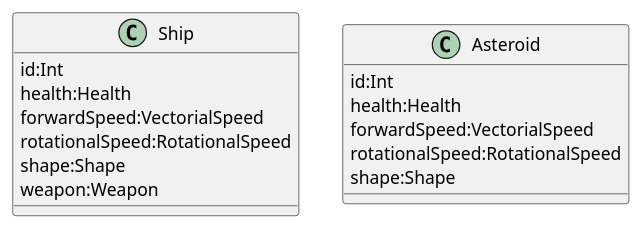
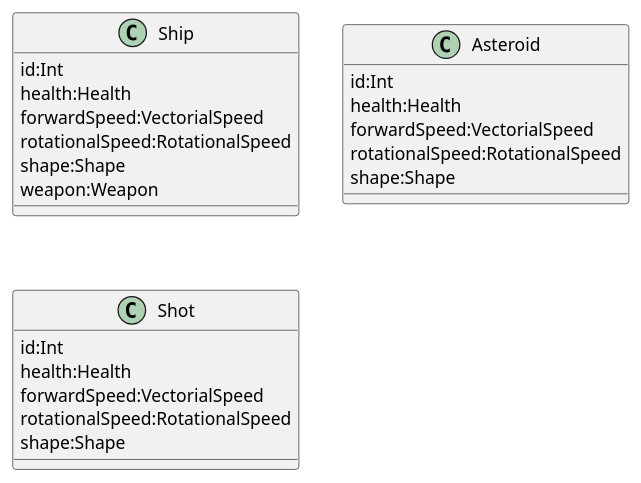
Before and after one commit to jalopbauer/starships: the diagram in diagram.puml, drawn with PlantUML.

```diff
--- a/diagram.puml
+++ b/diagram.puml
@@ -1,19 +1,27 @@
 @startuml
 class Ship {
     id:Int
     health:Health
     forwardSpeed:VectorialSpeed
     rotationalSpeed:RotationalSpeed
     shape:Shape
     weapon:Weapon
 }
 
 class Asteroid {
     id:Int
     health:Health
     forwardSpeed:VectorialSpeed
     rotationalSpeed:RotationalSpeed
     shape:Shape
 }
 
+
+class Shot {
+    id:Int
+    health:Health
+    forwardSpeed:VectorialSpeed
+    rotationalSpeed:RotationalSpeed
+    shape:Shape
+}
 @enduml
```
